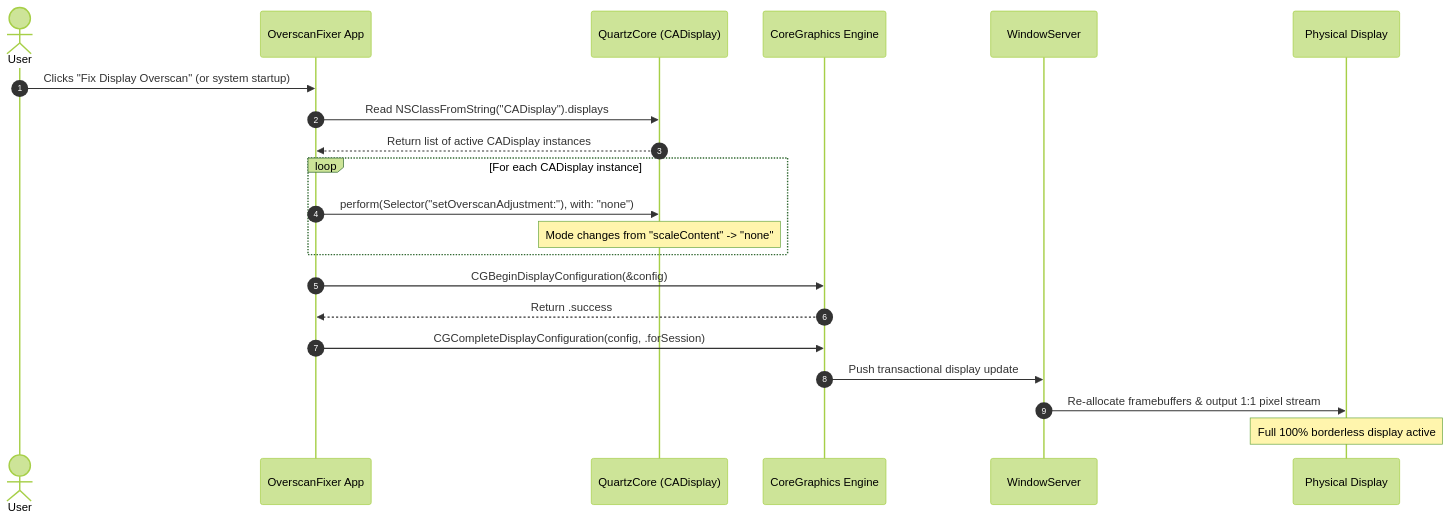
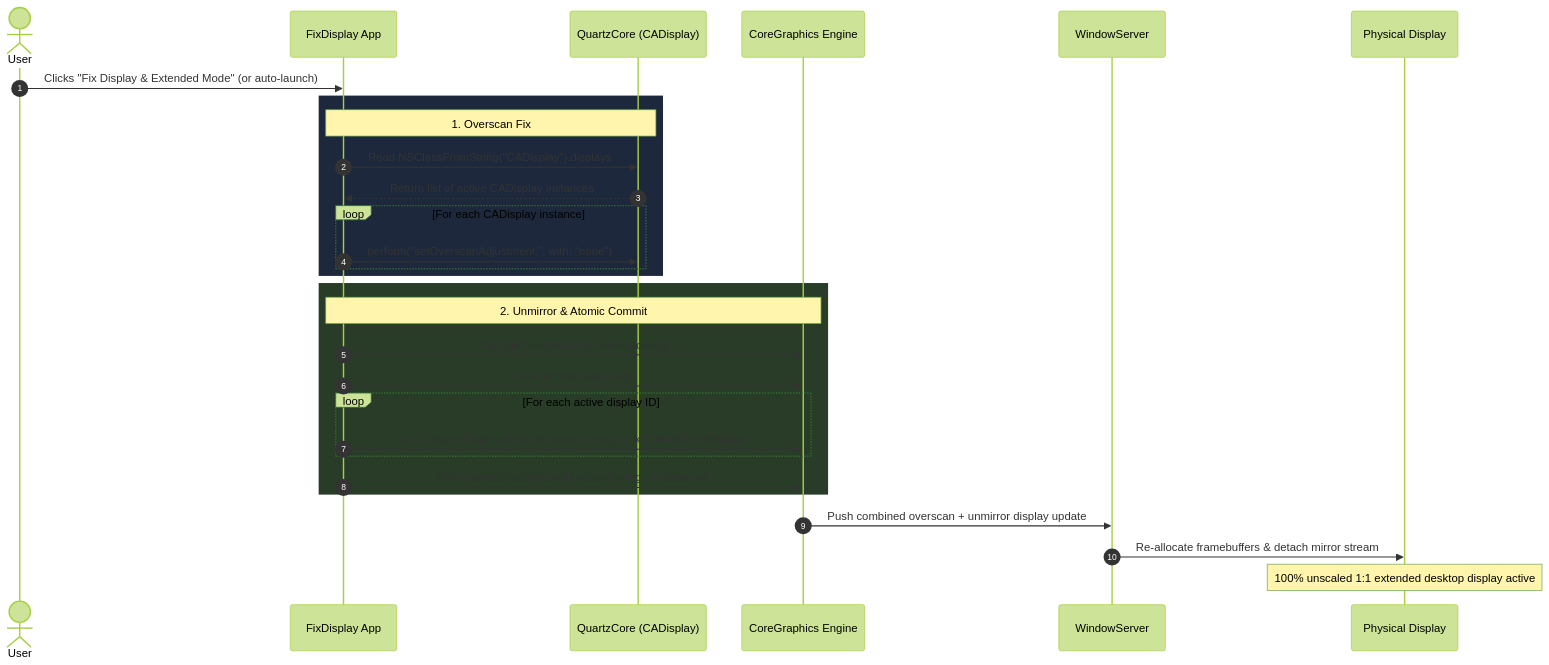
The second of 2 diagrams in ReadMe.md (403access/macos-underscan), drawn with Mermaid (forest theme) before and after one commit. The commit also changed other lines of this file and 4 other files, not shown here.

Commit message:
add unmirror & rename app to FixDisplay

````diff
--- a/ReadMe.md
+++ b/ReadMe.md
@@ -66,27 +66,35 @@
 ```mermaid
 sequenceDiagram
     autonumber
     actor User
-    participant App as OverscanFixer App
+    participant App as FixDisplay App
     participant QC as QuartzCore (CADisplay)
     participant CG as CoreGraphics Engine
     participant WS as WindowServer
     participant Display as Physical Display
 
-    User->>App: Clicks "Fix Display Overscan" (or system startup)
-    App->>QC: Read NSClassFromString("CADisplay").displays
-    QC-->>App: Return list of active CADisplay instances
+    User->>App: Clicks "Fix Display & Extended Mode" (or auto-launch)
     
-    loop For each CADisplay instance
-        App->>QC: perform(Selector("setOverscanAdjustment:"), with: "none")
-        Note over QC: Mode changes from "scaleContent" -> "none"
+    rect rgb(30, 40, 60)
+        Note over App,QC: 1. Overscan Fix
+        App->>QC: Read NSClassFromString("CADisplay").displays
+        QC-->>App: Return list of active CADisplay instances
+        loop For each CADisplay instance
+            App->>QC: perform("setOverscanAdjustment:", with: "none")
+        end
     end
 
-    App->>CG: CGBeginDisplayConfiguration(&config)
-    CG-->>App: Return .success
-    App->>CG: CGCompleteDisplayConfiguration(config, .forSession)
-    
-    CG->>WS: Push transactional display update
-    WS->>Display: Re-allocate framebuffers & output 1:1 pixel stream
-    Note over Display: Full 100% borderless display active
+    rect rgb(40, 60, 40)
+        Note over App,CG: 2. Unmirror & Atomic Commit
+        App->>CG: CGBeginDisplayConfiguration(&config)
+        App->>CG: CGGetActiveDisplayList()
+        loop For each active display ID
+            App->>CG: CGConfigureDisplayMirrorOfDisplay(config, id, kCGNullDirectDisplay)
+        end
+        App->>CG: CGCompleteDisplayConfiguration(config, .forSession)
+    end
+
+    CG->>WS: Push combined overscan + unmirror display update
+    WS->>Display: Re-allocate framebuffers & detach mirror stream
+    Note over Display: 100% unscaled 1:1 extended desktop display active
 ```
````
